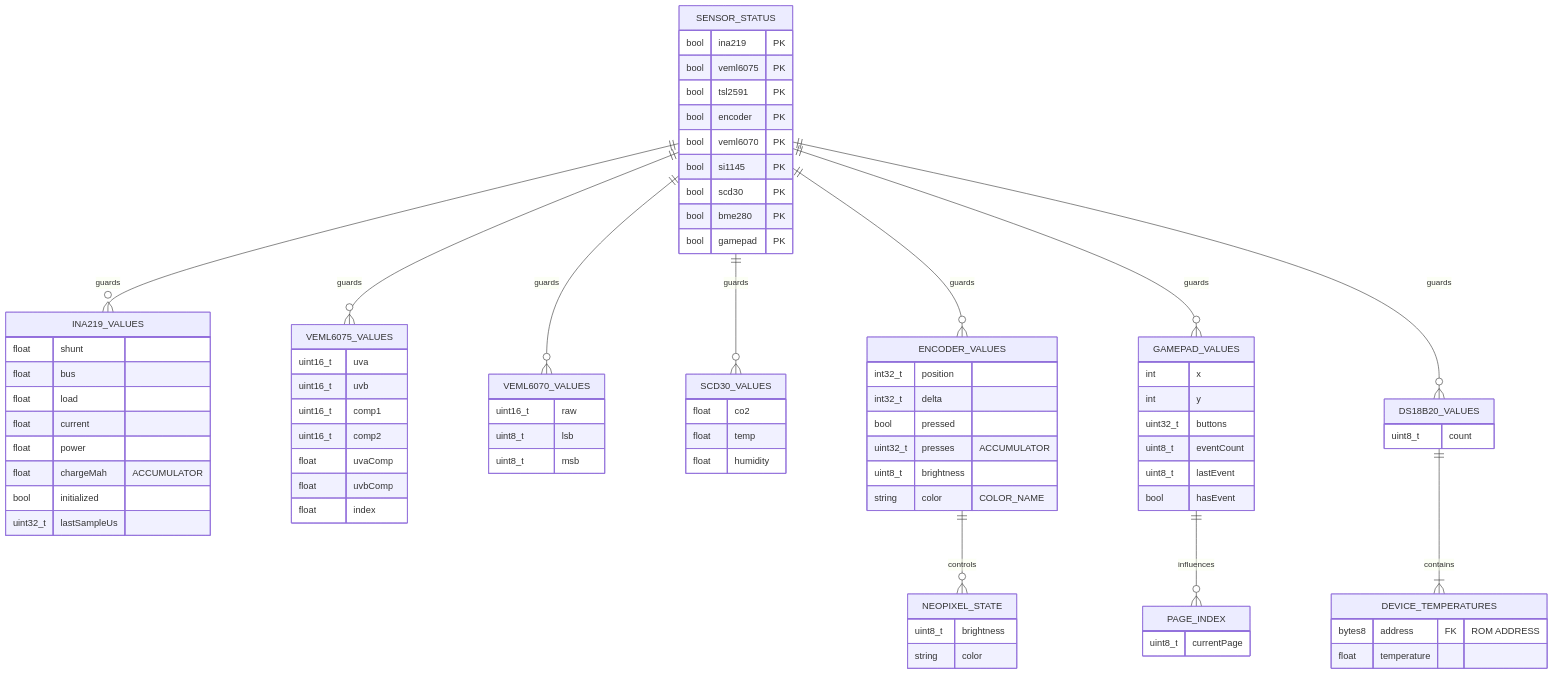
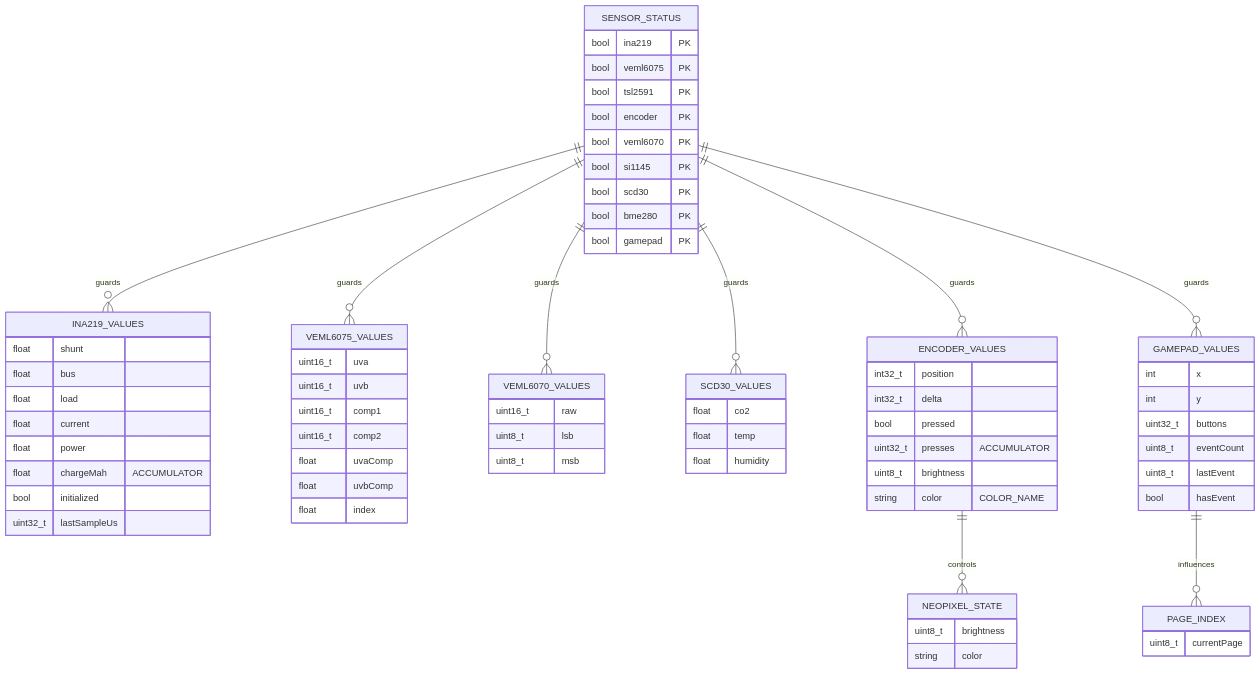
Before and after one commit to sarastro01/freenove-playground: the diagram in docs/04-data-model.md, drawn with Mermaid. The commit also changed other lines of this file and 13 other files, not shown here.

```diff
--- a/docs/04-data-model.md
+++ b/docs/04-data-model.md
@@ -678,12 +598,9 @@
     SENSOR_STATUS ||--o{ SCD30_VALUES : "guards"
     SENSOR_STATUS ||--o{ ENCODER_VALUES : "guards"
     SENSOR_STATUS ||--o{ GAMEPAD_VALUES : "guards"
-    SENSOR_STATUS ||--o{ DS18B20_VALUES : "guards"
     
     ENCODER_VALUES ||--o{ NEOPIXEL_STATE : "controls"
     GAMEPAD_VALUES ||--o{ PAGE_INDEX : "influences"
-    
-    DS18B20_VALUES ||--|{ DEVICE_TEMPERATURES : "contains"
     
     SENSOR_STATUS {
         bool ina219 PK
@@ -748,15 +665,6 @@
         bool hasEvent
     }
     
-    DS18B20_VALUES {
-        uint8_t count
-    }
-    
-    DEVICE_TEMPERATURES {
-        bytes8 address FK "ROM ADDRESS"
-        float temperature
-    }
-    
     NEOPIXEL_STATE {
         uint8_t brightness
         string color
```
